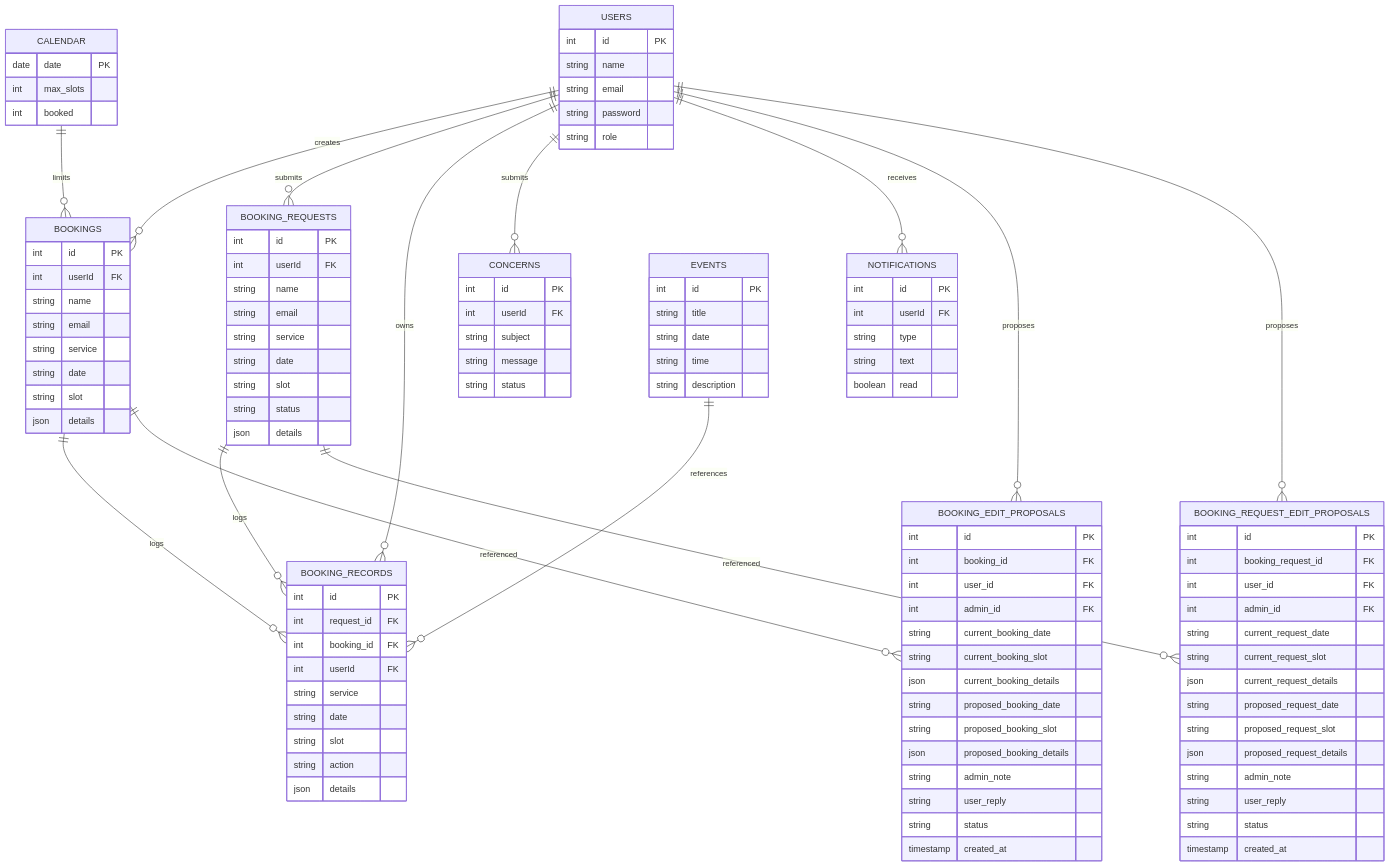
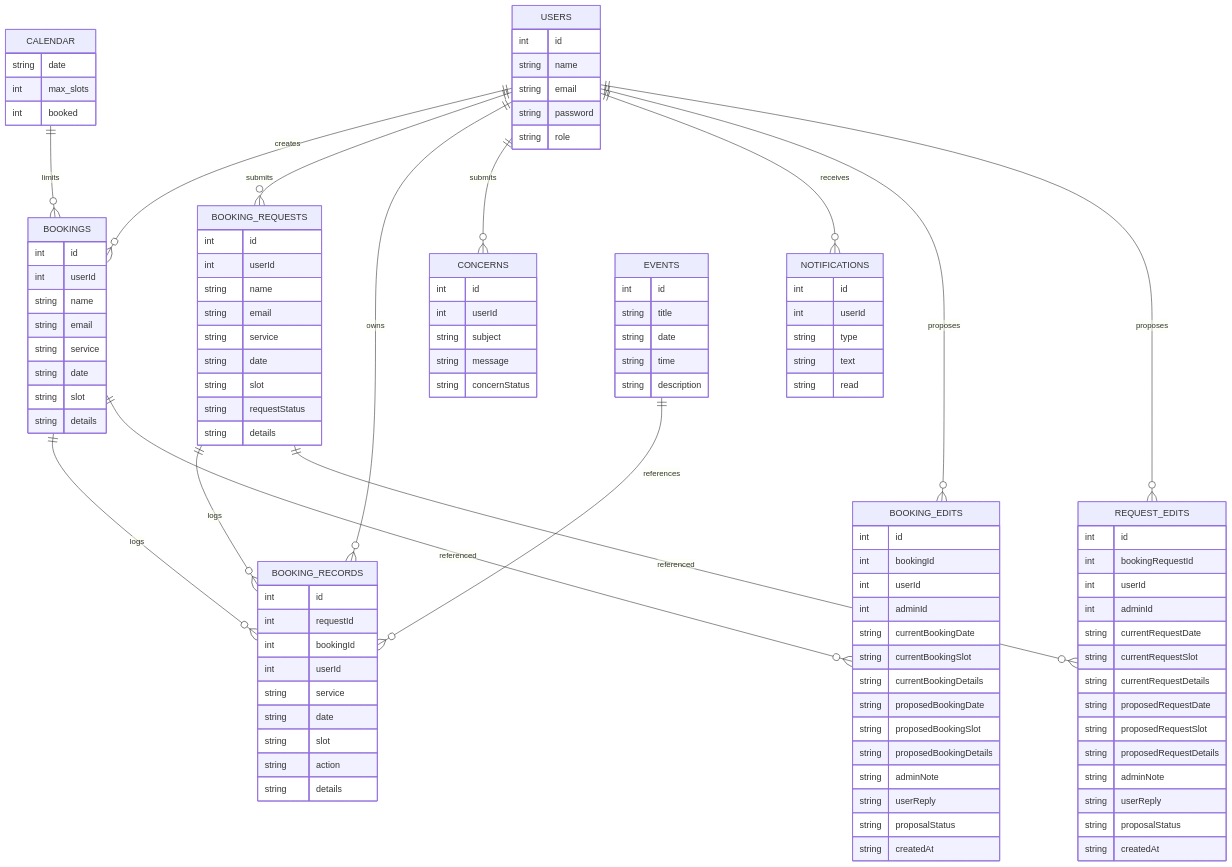
Before and after one commit to rcamarig-boop/church-booking-system: the eighth of 11 diagrams in PROJECT_DIAGRAMS.md, drawn with Mermaid. The commit also changed other lines of this file and 6 other files, not shown here.

Commit message:
Update project diagrams and booking UI logic

````diff
--- a/PROJECT_DIAGRAMS.md
+++ b/PROJECT_DIAGRAMS.md
@@ -143,17 +363,17 @@
   USERS ||--o{ BOOKING_RECORDS : owns
   USERS ||--o{ CONCERNS : submits
   USERS ||--o{ NOTIFICATIONS : receives
-  USERS ||--o{ BOOKING_EDIT_PROPOSALS : proposes
-  USERS ||--o{ BOOKING_REQUEST_EDIT_PROPOSALS : proposes
+  USERS ||--o{ BOOKING_EDITS : proposes
+  USERS ||--o{ REQUEST_EDITS : proposes
   BOOKINGS ||--o{ BOOKING_RECORDS : logs
-  BOOKINGS ||--o{ BOOKING_EDIT_PROPOSALS : referenced
+  BOOKINGS ||--o{ BOOKING_EDITS : referenced
   BOOKING_REQUESTS ||--o{ BOOKING_RECORDS : logs
-  BOOKING_REQUESTS ||--o{ BOOKING_REQUEST_EDIT_PROPOSALS : referenced
+  BOOKING_REQUESTS ||--o{ REQUEST_EDITS : referenced
   CALENDAR ||--o{ BOOKINGS : limits
   EVENTS ||--o{ BOOKING_RECORDS : references
 
   USERS {
-    int id PK
+    int id
     string name
     string email
     string password
@@ -161,101 +381,101 @@
   }
 
   BOOKINGS {
-    int id PK
-    int userId FK
+    int id
+    int userId
     string name
     string email
     string service
     string date
     string slot
-    json details
+    string details
   }
 
   BOOKING_REQUESTS {
-    int id PK
-    int userId FK
+    int id
+    int userId
     string name
     string email
     string service
     string date
     string slot
-    string status
-    json details
+    string requestStatus
+    string details
   }
 
   BOOKING_RECORDS {
-    int id PK
-    int request_id FK
-    int booking_id FK
-    int userId FK
+    int id
+    int requestId
+    int bookingId
+    int userId
     string service
     string date
     string slot
     string action
-    json details
+    string details
   }
 
   CONCERNS {
-    int id PK
-    int userId FK
+    int id
+    int userId
     string subject
     string message
-    string status
+    string concernStatus
   }
 
   NOTIFICATIONS {
-    int id PK
-    int userId FK
+    int id
+    int userId
     string type
     string text
-    boolean read
+    string read
   }
 
   CALENDAR {
-    date date PK
+    string date
     int max_slots
     int booked
   }
 
   EVENTS {
-    int id PK
+    int id
     string title
     string date
     string time
     string description
   }
 
-  BOOKING_EDIT_PROPOSALS {
-    int id PK
-    int booking_id FK
-    int user_id FK
-    int admin_id FK
-    string current_booking_date
-    string current_booking_slot
-    json current_booking_details
-    string proposed_booking_date
-    string proposed_booking_slot
-    json proposed_booking_details
-    string admin_note
-    string user_reply
-    string status
-    timestamp created_at
+  BOOKING_EDITS {
+    int id
+    int bookingId
+    int userId
+    int adminId
+    string currentBookingDate
+    string currentBookingSlot
+    string currentBookingDetails
+    string proposedBookingDate
+    string proposedBookingSlot
+    string proposedBookingDetails
+    string adminNote
+    string userReply
+    string proposalStatus
+    string createdAt
   }
 
-  BOOKING_REQUEST_EDIT_PROPOSALS {
-    int id PK
-    int booking_request_id FK
-    int user_id FK
-    int admin_id FK
-    string current_request_date
-    string current_request_slot
-    json current_request_details
-    string proposed_request_date
-    string proposed_request_slot
-    json proposed_request_details
-    string admin_note
-    string user_reply
-    string status
-    timestamp created_at
+  REQUEST_EDITS {
+    int id
+    int bookingRequestId
+    int userId
+    int adminId
+    string currentRequestDate
+    string currentRequestSlot
+    string currentRequestDetails
+    string proposedRequestDate
+    string proposedRequestSlot
+    string proposedRequestDetails
+    string adminNote
+    string userReply
+    string proposalStatus
+    string createdAt
   }
 ```
````
